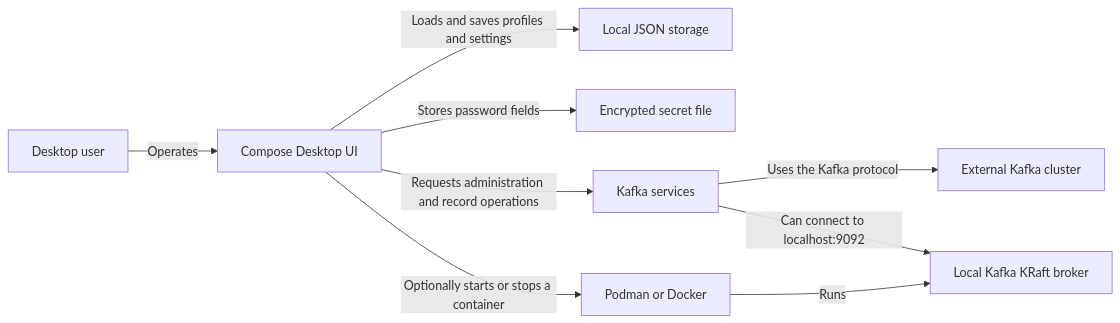
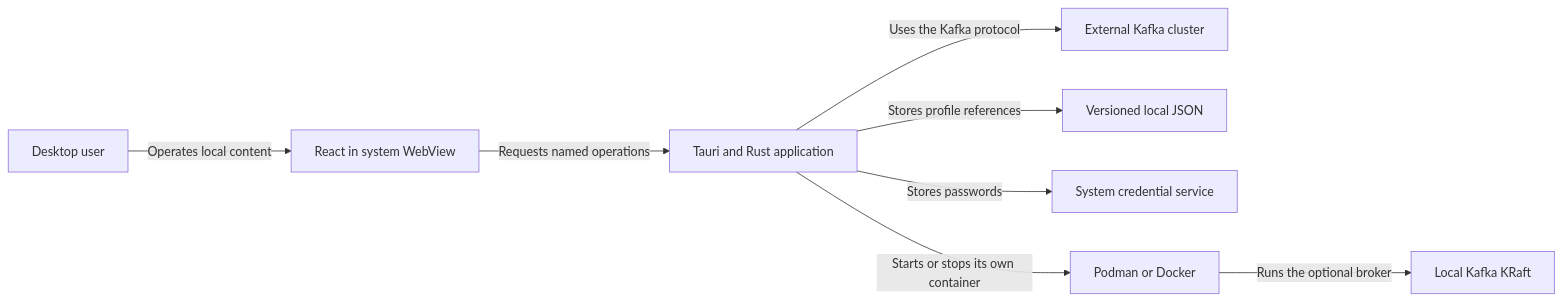
Before and after one commit to lumenikoly/kafi-kafi: the diagram in docs/architecture/overview.md, drawn with Mermaid. The commit also changed other lines of this file and 391 other files, not shown here.

````diff
--- a/docs/architecture/overview.md
+++ b/docs/architecture/overview.md
@@ -18,11 +26,10 @@
 ```mermaid
 flowchart LR
-    User[Desktop user] -->|Operates| UI[Compose Desktop UI]
-    UI -->|Loads and saves profiles and settings| Storage[Local JSON storage]
-    UI -->|Stores password fields| Secrets[Encrypted secret file]
-    UI -->|Requests administration and record operations| Services[Kafka services]
-    Services -->|Uses the Kafka protocol| Kafka[External Kafka cluster]
-    UI -->|Optionally starts or stops a container| Engine[Podman or Docker]
-    Engine -->|Runs| LocalKafka[Local Kafka KRaft broker]
-    Services -->|Can connect to localhost:9092| LocalKafka
+    User[Desktop user] -->|Operates local content| UI[React in system WebView]
+    UI -->|Requests named operations| App[Tauri and Rust application]
+    App -->|Uses the Kafka protocol| Kafka[External Kafka cluster]
+    App -->|Stores profile references| Storage[Versioned local JSON]
+    App -->|Stores passwords| Vault[System credential service]
+    App -->|Starts or stops its own container| Engine[Podman or Docker]
+    Engine -->|Runs the optional broker| Local[Local Kafka KRaft]
 ```
````
